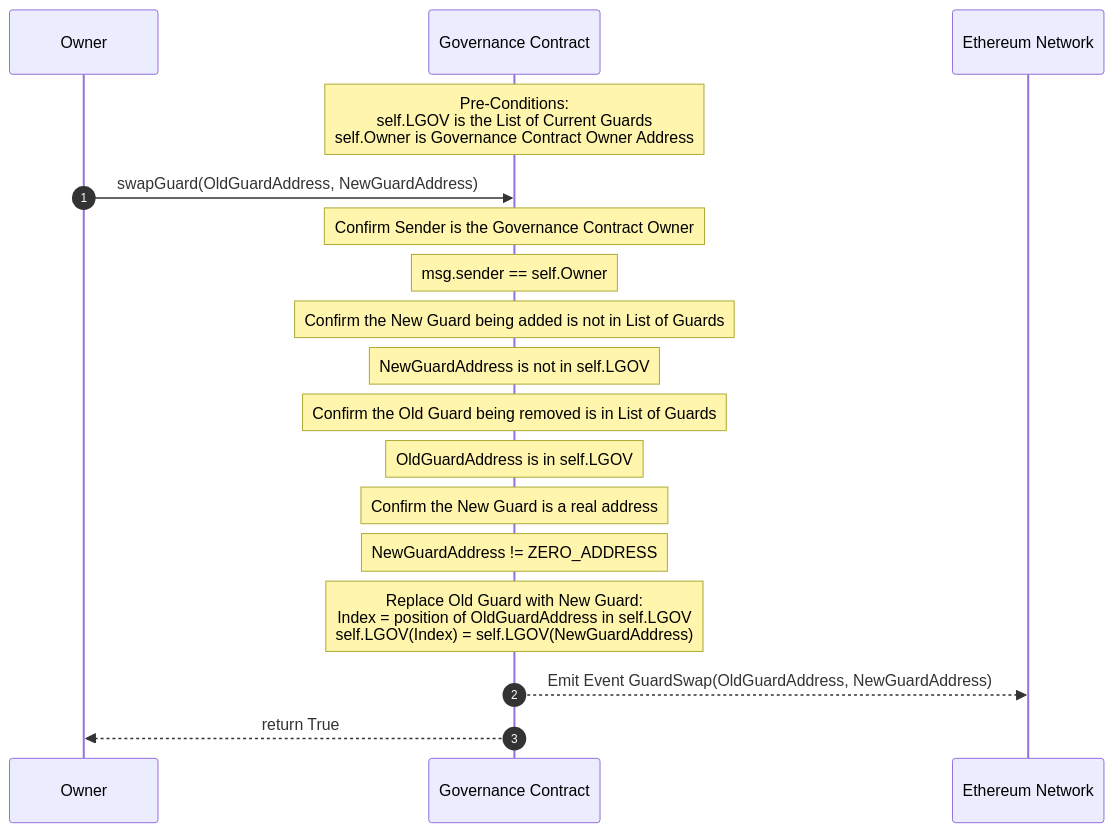
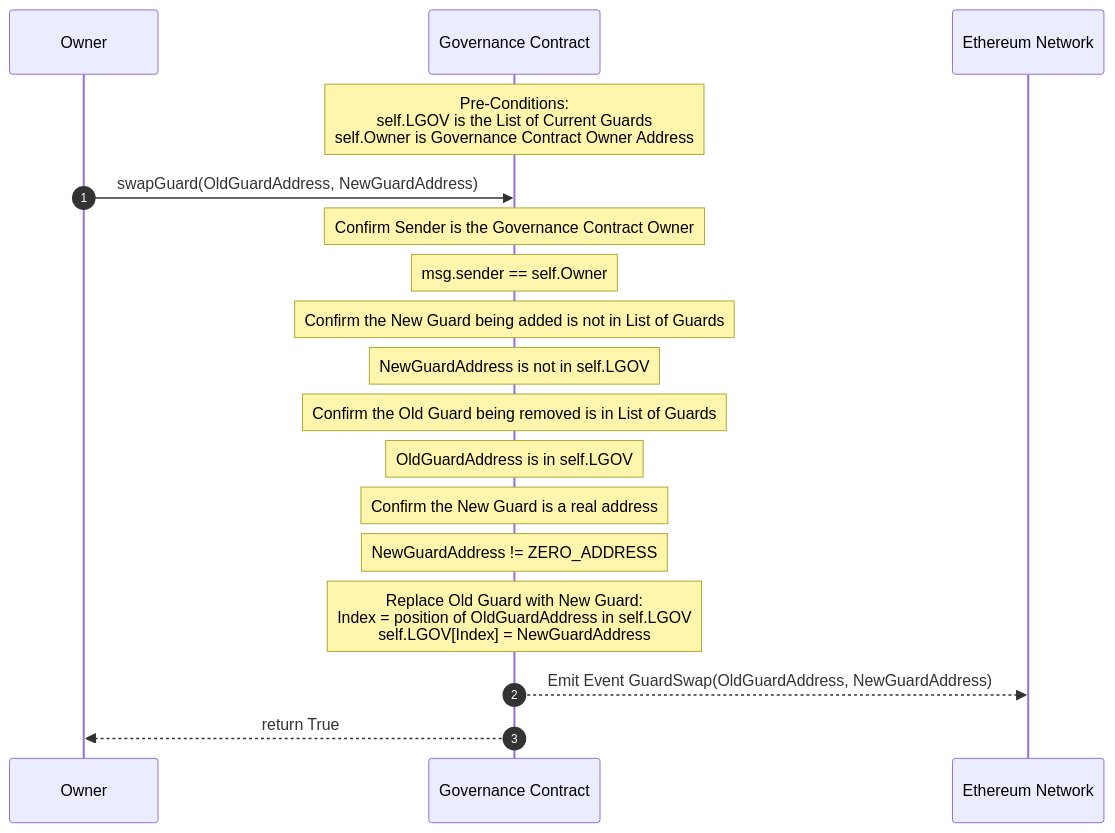
Before and after one commit to DynamoFinance/vault: the eighth of 8 diagrams in docs/Governance.md, drawn with Mermaid. The commit also changed other lines of this file, not shown here.

Commit message:
Reformatting sequence diagrams.

````diff
--- a/docs/Governance.md
+++ b/docs/Governance.md
@@ -323,31 +343,31 @@
 ```mermaid
 sequenceDiagram
 
     participant OG as Owner
     participant C1 as Governance Contract
     participant N as Ethereum Network
     autonumber
 
    
     Note over C1: Pre-Conditions: <br> self.LGOV is the List of Current Guards <br> self.Owner is Governance Contract Owner Address 
     OG->>C1: swapGuard(OldGuardAddress, NewGuardAddress)
 
 
     Note over C1: Confirm Sender is the Governance Contract Owner
     Note over C1: msg.sender == self.Owner 
 
     Note over C1: Confirm the New Guard being added is not in List of Guards
     Note over C1: NewGuardAddress is not in self.LGOV
     Note over C1: Confirm the Old Guard being removed is in List of Guards
     Note over C1: OldGuardAddress is in self.LGOV
 
     Note over C1: Confirm the New Guard is a real address
     Note over C1: NewGuardAddress != ZERO_ADDRESS
     
-    Note over C1: Replace Old Guard with New Guard: <br> Index = position of OldGuardAddress in self.LGOV <br>  self.LGOV(Index) = self.LGOV(NewGuardAddress) 
+    Note over C1: Replace Old Guard with New Guard: <br> Index = position of OldGuardAddress in self.LGOV <br>  self.LGOV[Index] = NewGuardAddress
 
 
     C1-->>N: Emit Event GuardSwap(OldGuardAddress, NewGuardAddress)
 
     C1-->>OG: return True
 ```
````
